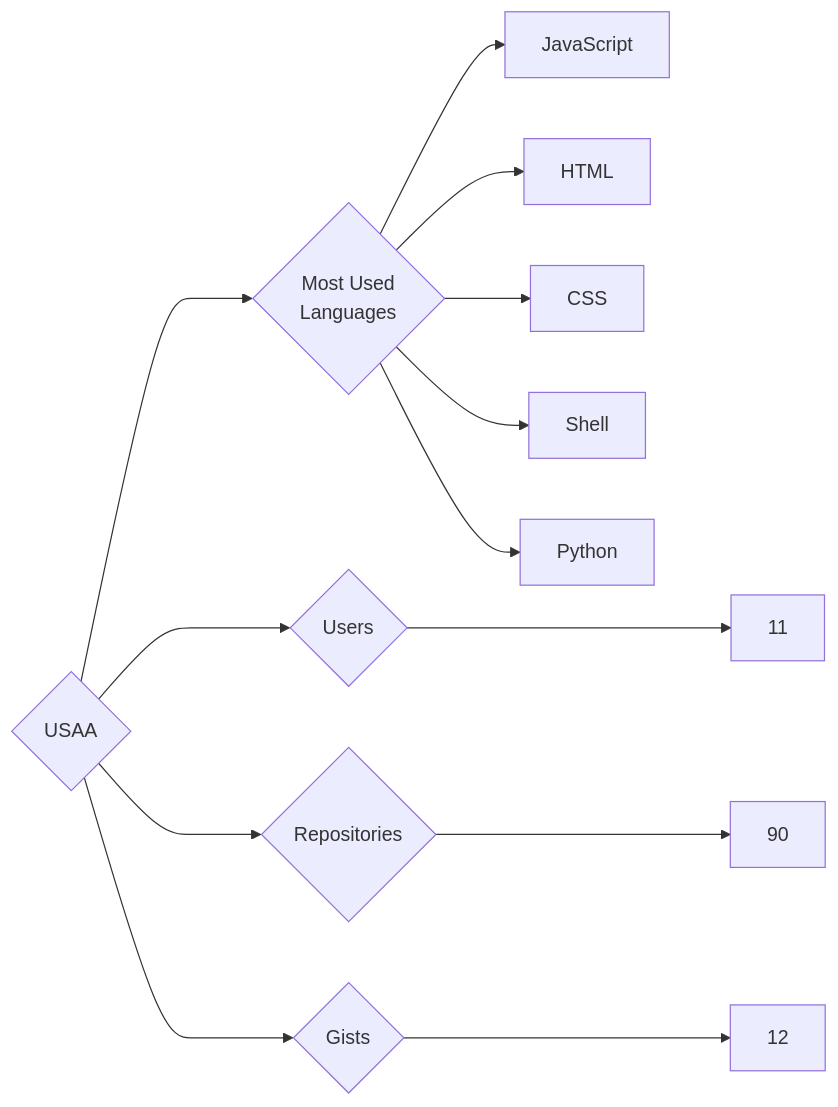
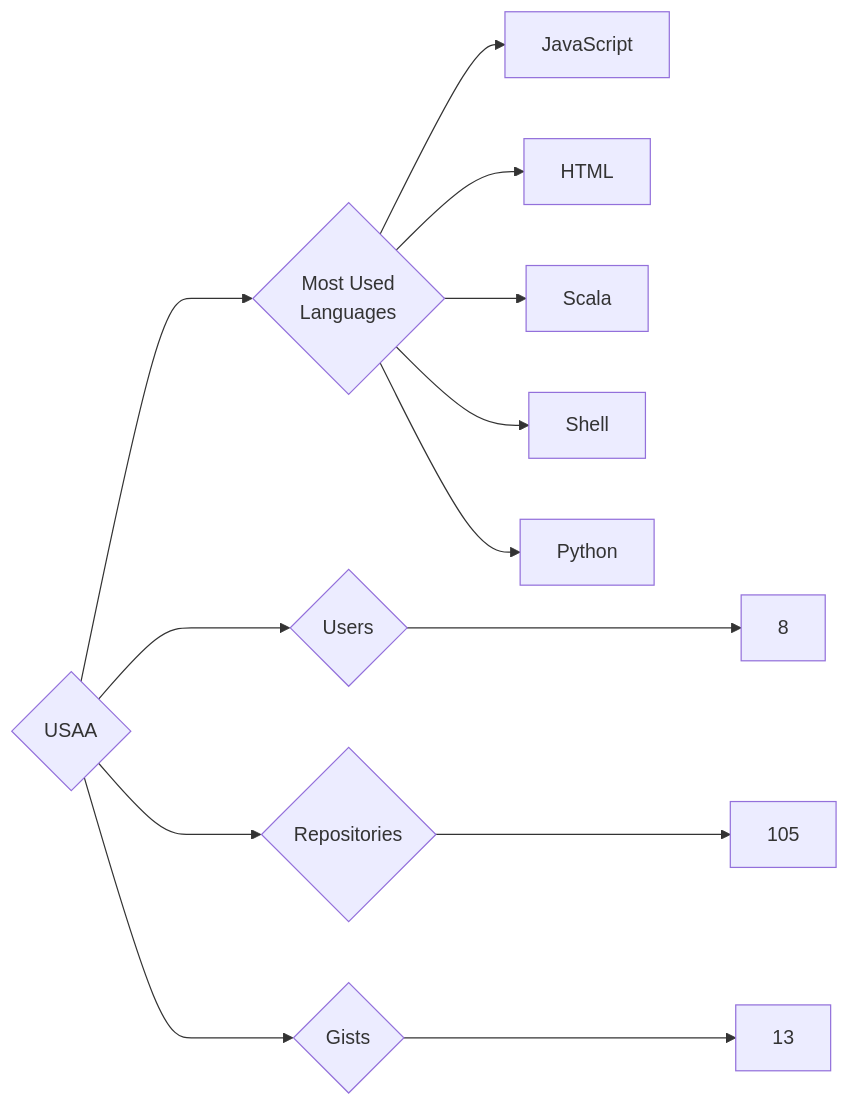
One commit to trickest/insiders changed the diagram in targets/USAA/README.md. Above: the diagram before and after it, drawn with Mermaid. The commit also changed 1484 other files, not shown here.

````diff
--- a/targets/USAA/README.md
+++ b/targets/USAA/README.md
@@ -3,13 +3,13 @@
 ```mermaid
 graph LR
 COMPANY_NAME{USAA}
-COMPANY_NAME ---> U{Users} ---> UN[11]
-COMPANY_NAME ---> R{Repositories} ---> RN[90]
-COMPANY_NAME ---> G{Gists} ---> GN[12]
+COMPANY_NAME ---> U{Users} ---> UN[8]
+COMPANY_NAME ---> R{Repositories} ---> RN[105]
+COMPANY_NAME ---> G{Gists} ---> GN[13]
 COMPANY_NAME ---> ML{Most Used<br>Languages}
 ML --> JavaScript[JavaScript]
 ML --> HTML[HTML]
-ML --> CSS[CSS]
+ML --> Scala[Scala]
 ML --> Shell[Shell]
 ML --> Python[Python]
 ```
````
